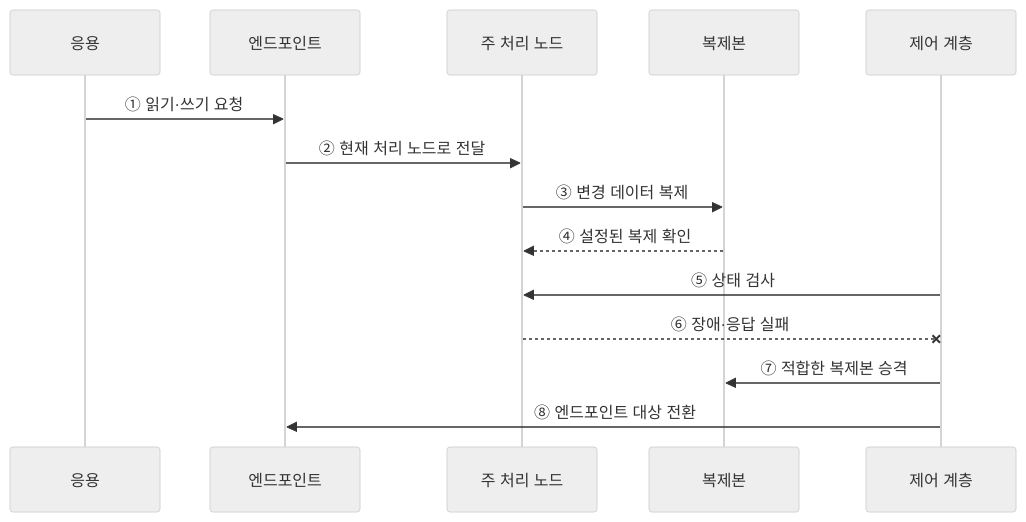
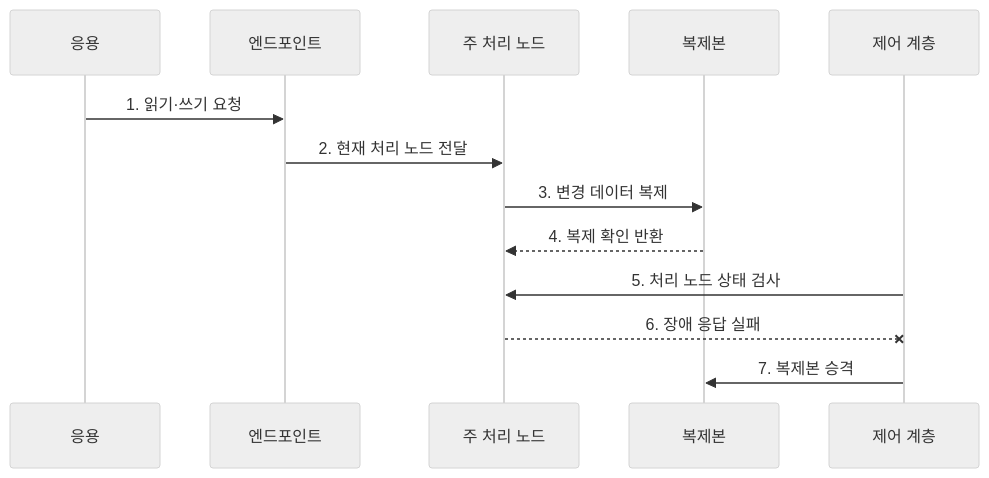
Before and after one commit to agnusdei1207/knowledge-base: the second of 2 diagrams in src/content/docs/notes/03-software/113_cloud_database.md, drawn with Mermaid (neutral theme). The commit also changed other lines of this file and 20 other files, not shown here.

````diff
--- a/src/content/docs/notes/03-software/113_cloud_database.md
+++ b/src/content/docs/notes/03-software/113_cloud_database.md
@@ -74,16 +80,15 @@
 ```mermaid
 sequenceDiagram
     participant A as 응용
     participant E as 엔드포인트
     participant P as 주 처리 노드
     participant R as 복제본
     participant C as 제어 계층
-    A->>E: ① 읽기·쓰기 요청
-    E->>P: ② 현재 처리 노드로 전달
-    P->>R: ③ 변경 데이터 복제
-    R-->>P: ④ 설정된 복제 확인
-    C->>P: ⑤ 상태 검사
-    P--xC: ⑥ 장애·응답 실패
-    C->>R: ⑦ 적합한 복제본 승격
-    C->>E: ⑧ 엔드포인트 대상 전환
+    A->>E: 1. 읽기·쓰기 요청
+    E->>P: 2. 현재 처리 노드 전달
+    P->>R: 3. 변경 데이터 복제
+    R-->>P: 4. 복제 확인 반환
+    C->>P: 5. 처리 노드 상태 검사
+    P--xC: 6. 장애 응답 실패
+    C->>R: 7. 복제본 승격
 ```
````
